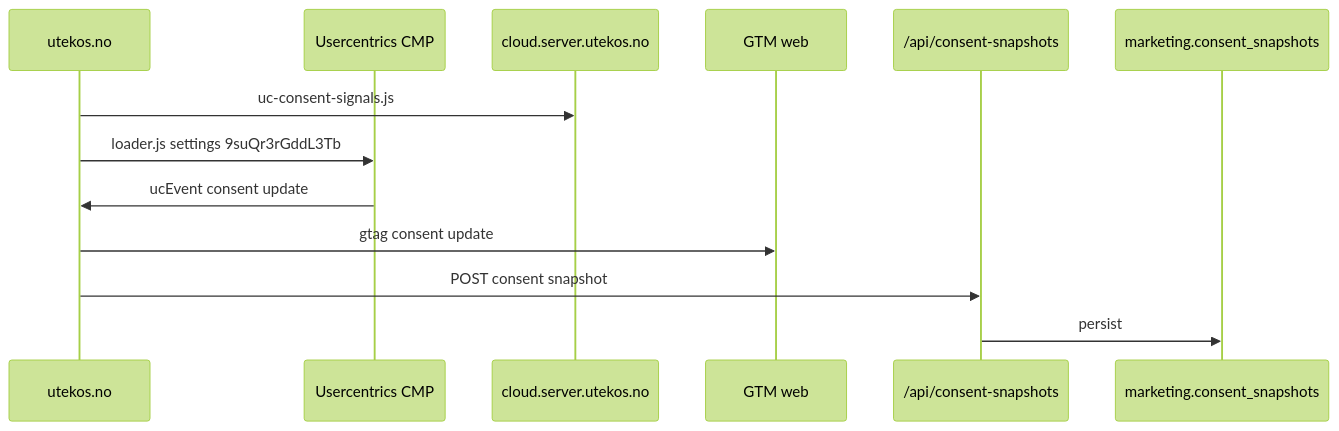
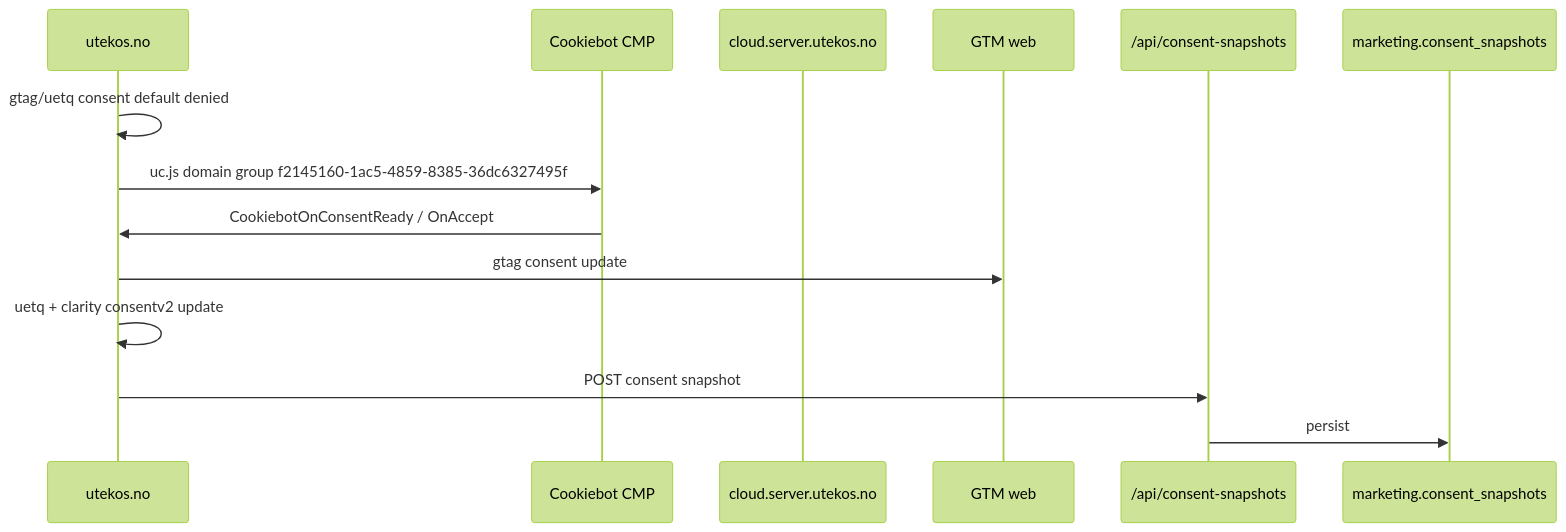
One commit to utekos-brand/utekos-headless changed the second of 6 diagrams in FLOW.md. Above: the diagram before and after it, drawn with Mermaid (forest theme). The commit also changed other lines of this file and 67 other files, not shown here.

First line of the commit message:
Replace Usercentrics CMP runtime with Cookiebot across consent and tracking.

````diff
--- a/FLOW.md
+++ b/FLOW.md
@@ -86,16 +88,17 @@
 ```mermaid
 sequenceDiagram
   participant Page as utekos.no
-  participant UC as Usercentrics CMP
+  participant CB as Cookiebot CMP
   participant SGTM as cloud.server.utekos.no
   participant GTM as GTM web
   participant API as /api/consent-snapshots
   participant DB as marketing.consent_snapshots
 
-  Page->>SGTM: uc-consent-signals.js
-  Page->>UC: loader.js settings 9suQr3rGddL3Tb
-  UC->>Page: ucEvent consent update
+  Page->>Page: gtag/uetq consent default denied
+  Page->>CB: uc.js domain group f2145160-1ac5-4859-8385-36dc6327495f
+  CB->>Page: CookiebotOnConsentReady / OnAccept
   Page->>GTM: gtag consent update
+  Page->>Page: uetq + clarity consentv2 update
   Page->>API: POST consent snapshot
   API->>DB: persist
 ```
````
